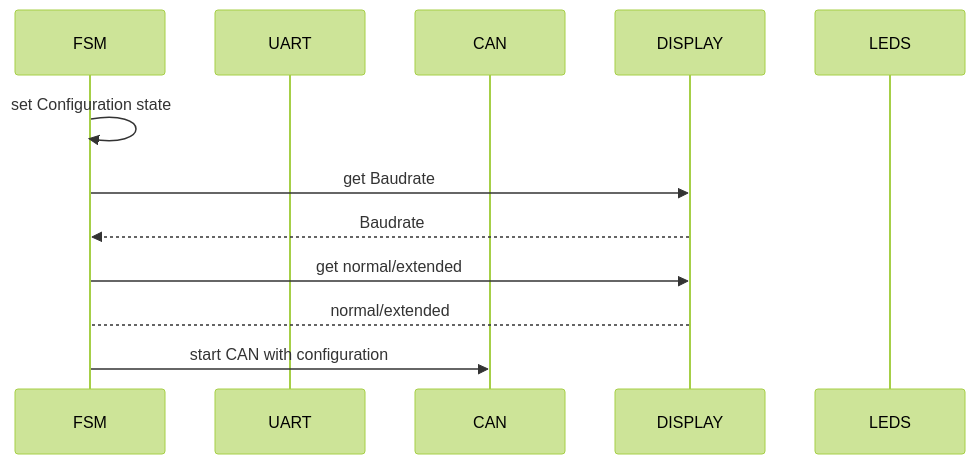
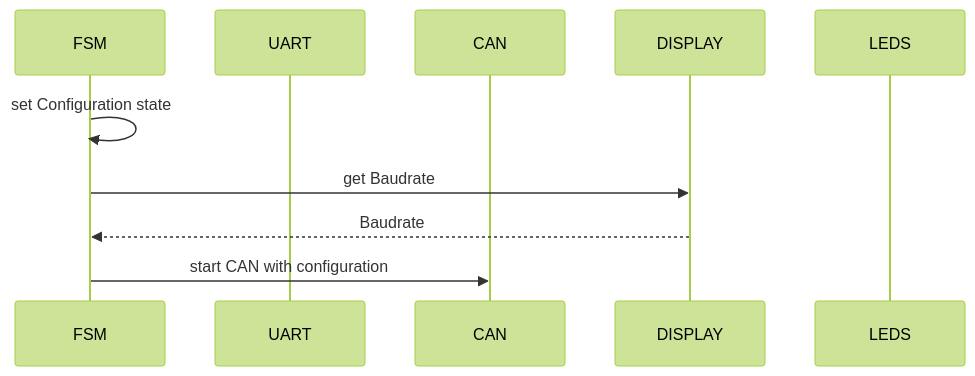
The third of 4 diagrams in Software/esp32/can-to-go-system/README.md (michaelgr22/can-to-go-system), drawn with Mermaid (forest theme) before and after one commit. The commit also changed other lines of this file, not shown here.

Commit message:
updated documenation to current state of implementation

````diff
--- a/Software/esp32/can-to-go-system/README.md
+++ b/Software/esp32/can-to-go-system/README.md
@@ -31,16 +32,14 @@
 ```mermaid
 sequenceDiagram
     participant FSM
     participant UART
     participant CAN
     participant DISPLAY
     participant LEDS
 
     FSM->>FSM: set Configuration state
     FSM->>DISPLAY: get Baudrate
     DISPLAY-->>FSM: Baudrate 
-    FSM->>DISPLAY: get normal/extended
-    DISPLAY-->FSM: normal/extended
 
     FSM->>CAN: start CAN with configuration
 ```
````
